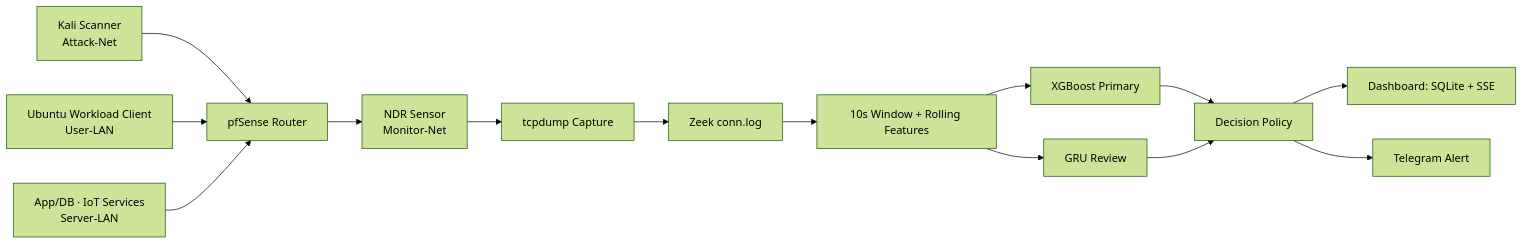
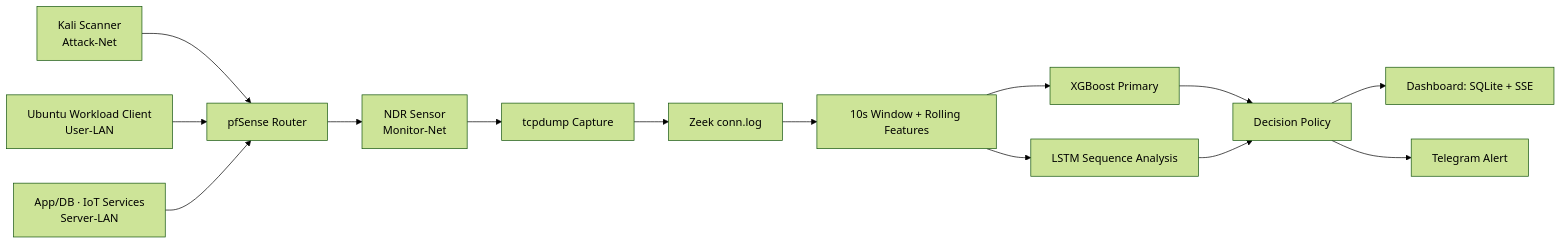
The diagram in PORTFOLIO.md (candy3157/ndr-lab-portfolio), drawn with Mermaid (forest theme) before and after one commit. The commit also changed other lines of this file, not shown here.

Commit message:
docs: focus portfolio on XGBoost plus LSTM

````diff
--- a/PORTFOLIO.md
+++ b/PORTFOLIO.md
@@ -30,16 +30,16 @@
 ```mermaid
 flowchart LR
     K["Kali Scanner\nAttack-Net"] --> P[pfSense Router]
     U["Ubuntu Workload Client\nUser-LAN"] --> P
     S["App/DB · IoT Services\nServer-LAN"] --> P
     P --> N["NDR Sensor\nMonitor-Net"]
     N --> C[tcpdump Capture]
     C --> Z[Zeek conn.log]
     Z --> F[10s Window + Rolling Features]
     F --> X[XGBoost Primary]
-    F --> G[GRU Review]
+    F --> G[LSTM Sequence Analysis]
     X --> D[Decision Policy]
     G --> D
     D --> H[Dashboard: SQLite + SSE]
     D --> A[Telegram Alert]
 ```
````
